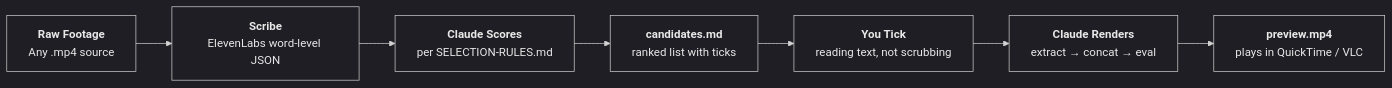
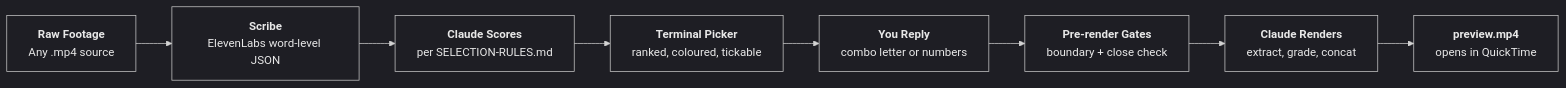
One commit to sellersessions/claude-video-editing-flow changed the first of 2 diagrams in README.md. Above: the diagram before and after it, drawn with Mermaid. The commit also changed other lines of this file and 2 other files, not shown here.

First line of the commit message:
docs: README capability sweep + screen_punch grade preset

````diff
--- a/README.md
+++ b/README.md
@@ -52,27 +53,30 @@
 ```mermaid
 %%{init: {'theme': 'dark', 'themeVariables': {'nodeTextColor': '#e8e8e8', 'primaryTextColor': '#e8e8e8', 'secondaryTextColor': '#cccccc', 'tertiaryTextColor': '#cccccc', 'clusterBkg': 'transparent', 'clusterBorder': '#8b949e'}}}%%
 
 flowchart LR
     RAW["<b>Raw Footage</b><br/>Any .mp4 source"]
     SCRIBE["<b>Scribe</b><br/>ElevenLabs word-level JSON"]
     SCORE["<b>Claude Scores</b><br/>per SELECTION-RULES.md"]
-    CANDIDATES["<b>candidates.md</b><br/>ranked list with ticks"]
-    YOU["<b>You Tick</b><br/>reading text, not scrubbing"]
-    RENDER["<b>Claude Renders</b><br/>extract → concat → eval"]
-    PREVIEW["<b>preview.mp4</b><br/>plays in QuickTime / VLC"]
+    PICKER["<b>Terminal Picker</b><br/>ranked, coloured, tickable"]
+    YOU["<b>You Reply</b><br/>combo letter or numbers"]
+    GATES["<b>Pre-render Gates</b><br/>boundary + close check"]
+    RENDER["<b>Claude Renders</b><br/>extract, grade, concat"]
+    PREVIEW["<b>preview.mp4</b><br/>opens in QuickTime"]
 
     RAW --> SCRIBE
     SCRIBE --> SCORE
-    SCORE --> CANDIDATES
-    CANDIDATES --> YOU
-    YOU --> RENDER
+    SCORE --> PICKER
+    PICKER --> YOU
+    YOU --> GATES
+    GATES --> RENDER
     RENDER --> PREVIEW
 
     style RAW fill:none,stroke-width:1px,color:#e8e8e8
     style SCRIBE fill:none,stroke-width:1px,color:#e8e8e8
     style SCORE fill:none,stroke-width:1px,color:#e8e8e8
-    style CANDIDATES fill:none,stroke-width:1px,color:#e8e8e8
+    style PICKER fill:none,stroke-width:1px,color:#e8e8e8
     style YOU fill:none,stroke-width:1px,color:#e8e8e8
+    style GATES fill:none,stroke-width:1px,color:#e8e8e8
     style RENDER fill:none,stroke-width:1px,color:#e8e8e8
     style PREVIEW fill:none,stroke-width:1px,color:#e8e8e8
 ```
````
